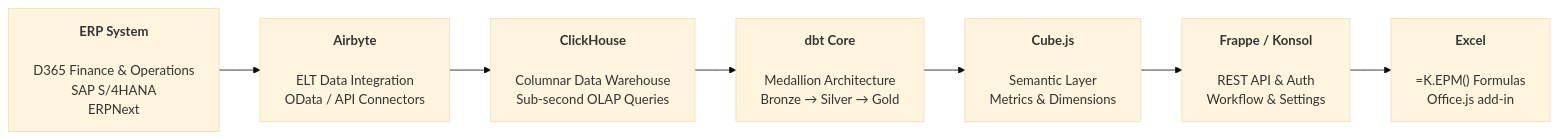
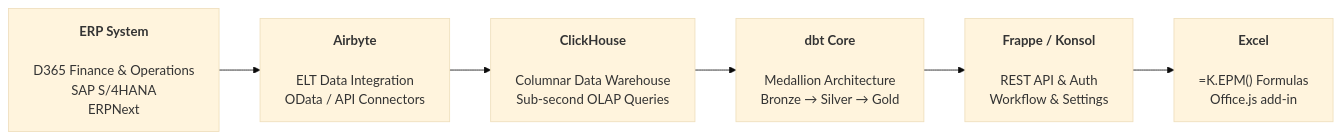
One commit to grynn-in/konsolidat changed the diagram in docs/developer-guide/developer-overview.md. Above: the diagram before and after it, drawn with Mermaid (base theme). The commit also changed 43 other files, not shown here.

````diff
--- a/docs/developer-guide/developer-overview.md
+++ b/docs/developer-guide/developer-overview.md
@@ -35,18 +35,16 @@
 ```mermaid
 graph LR
     ERP["<b>ERP System</b><br/><br/>D365 Finance & Operations<br/>SAP S/4HANA<br/>ERPNext"]
 
     AIR["<b>Airbyte</b><br/><br/>ELT Data Integration<br/>OData / API Connectors"]
 
     CH["<b>ClickHouse</b><br/><br/>Columnar Data Warehouse<br/>Sub-second OLAP Queries"]
 
     DBT["<b>dbt Core</b><br/><br/>Medallion Architecture<br/>Bronze → Silver → Gold"]
 
-    CUBE["<b>Cube.js</b><br/><br/>Semantic Layer<br/>Metrics & Dimensions"]
-
     FRAPPE["<b>Frappe / Konsol</b><br/><br/>REST API & Auth<br/>Workflow & Settings"]
 
     EXCEL["<b>Excel</b><br/><br/>=K.EPM() Formulas<br/>Office.js add-in"]
 
-    ERP --> AIR --> CH --> DBT --> CUBE --> FRAPPE --> EXCEL
+    ERP --> AIR --> CH --> DBT --> FRAPPE --> EXCEL
 ```
````
